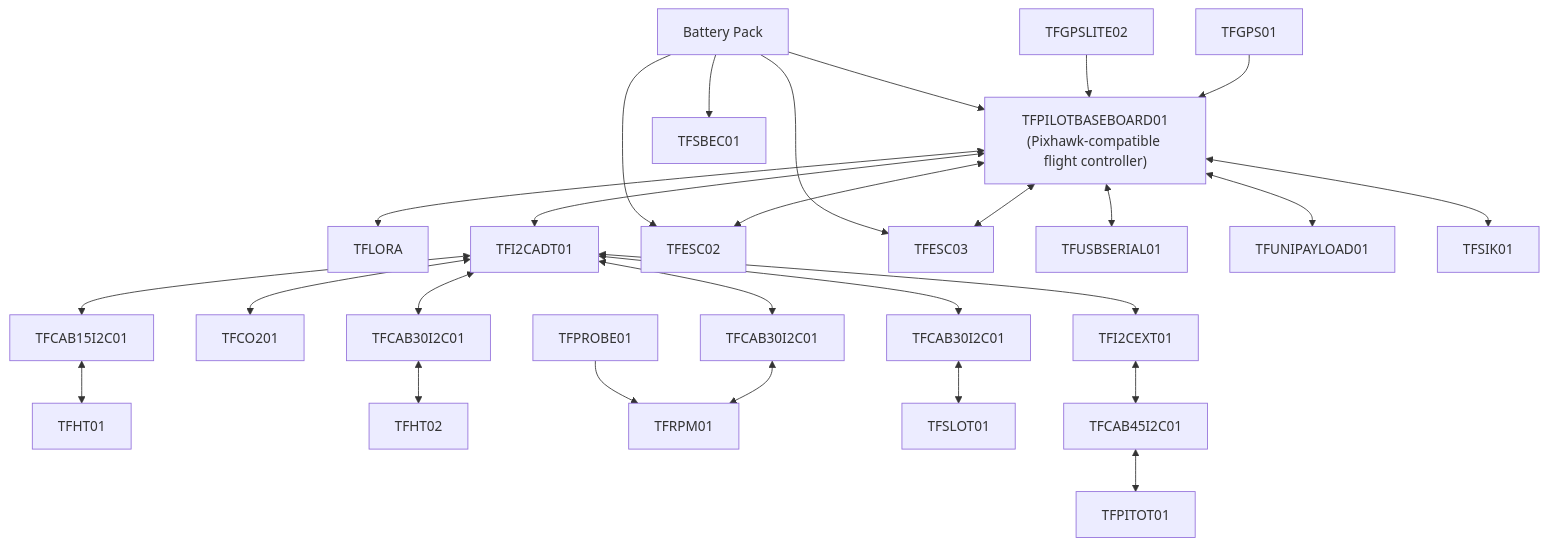
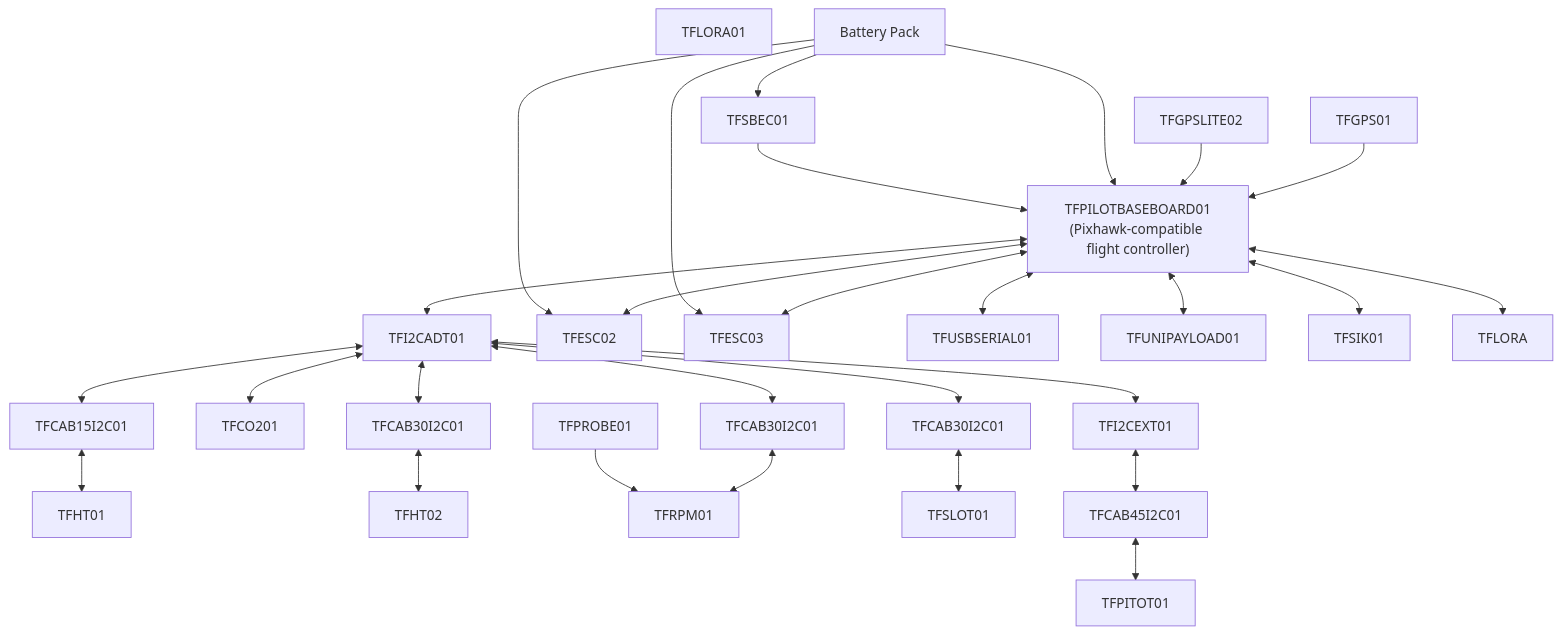
One commit to ThunderFly-aerospace/docs changed the diagram in avionics/index.md. Above: the diagram before and after it, drawn with Mermaid.

Commit message:
Repair links in diagram.

```diff
--- a/avionics/index.md
+++ b/avionics/index.md
@@ -19,7 +19,7 @@
 
 %% Nodes
 FC["TFPILOTBASEBOARD01<br/>(Pixhawk-compatible flight controller)"]
-TFLORA[TFLORA]
+TFLORA01[TFLORA01]
 TFI2CADT01[TFI2CADT01]
 TFESC02[TFESC02]
 TFESC03[TFESC03]
@@ -83,6 +83,8 @@
 BATT --> TFESC03
 BATT --> TFSBEC01
 
+TFSBEC01 --> FC
+
 %% Clickable docs
 click TFLORA01 "https://docs.thunderfly.cz/avionics/TFLORA01/" "TFLORA01 Documentation"
 click TFI2CADT01 "https://docs.thunderfly.cz/avionics/TFI2CADT01/" "TFI2CADT01 Documentation"
```
